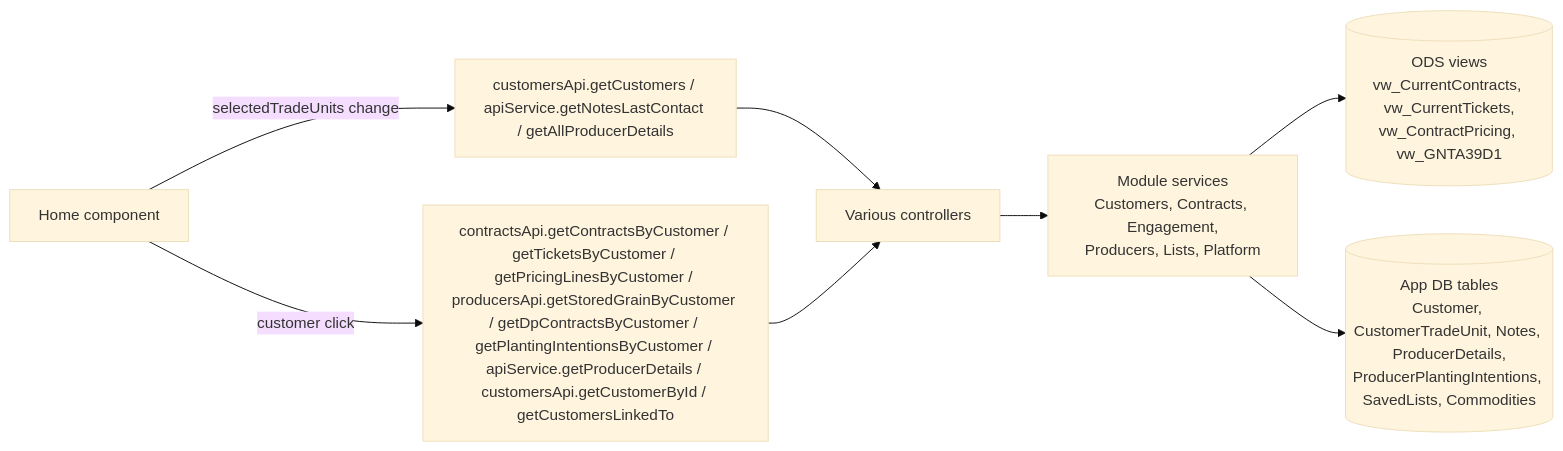
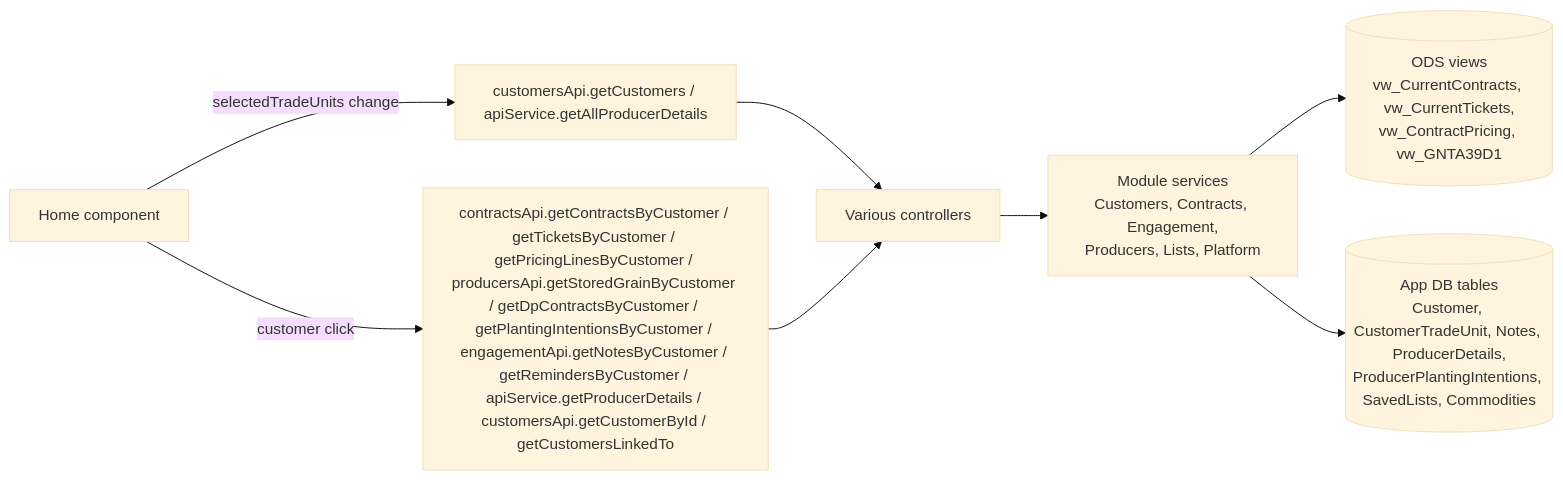
The diagram in docs/application-context/Customer Home Page.md (GrosseLimace/origination), drawn with Mermaid (base theme) before and after one commit. The commit also changed other lines of this file and 79 other files, not shown here.

First line of the commit message:
refactor(client): move notes and follow-ups into the Engagement module

````diff
--- a/docs/application-context/Customer Home Page.md
+++ b/docs/application-context/Customer Home Page.md
@@ -107,12 +107,12 @@
 ```mermaid
 flowchart LR
     UI[Home component]
-    UI -- "selectedTradeUnits change" --> Get[customersApi.getCustomers / apiService.getNotesLastContact / getAllProducerDetails]
+    UI -- "selectedTradeUnits change" --> Get[customersApi.getCustomers / apiService.getAllProducerDetails]
     Get --> CTL[Various controllers]
     CTL --> SVC[Module services<br/>Customers, Contracts, Engagement,<br/>Producers, Lists, Platform]
     SVC --> ODS[(ODS views<br/>vw_CurrentContracts, vw_CurrentTickets,<br/>vw_ContractPricing, vw_GNTA39D1)]
     SVC --> APP[(App DB tables<br/>Customer, CustomerTradeUnit, Notes, ProducerDetails,<br/>ProducerPlantingIntentions, SavedLists, Commodities)]
 
-    UI -- "customer click" --> ByCustomer[contractsApi.getContractsByCustomer / getTicketsByCustomer / getPricingLinesByCustomer / producersApi.getStoredGrainByCustomer / getDpContractsByCustomer / getPlantingIntentionsByCustomer / apiService.getProducerDetails / customersApi.getCustomerById / getCustomersLinkedTo]
+    UI -- "customer click" --> ByCustomer[contractsApi.getContractsByCustomer / getTicketsByCustomer / getPricingLinesByCustomer / producersApi.getStoredGrainByCustomer / getDpContractsByCustomer / getPlantingIntentionsByCustomer / engagementApi.getNotesByCustomer / getRemindersByCustomer / apiService.getProducerDetails / customersApi.getCustomerById / getCustomersLinkedTo]
     ByCustomer --> CTL
 ```
````
